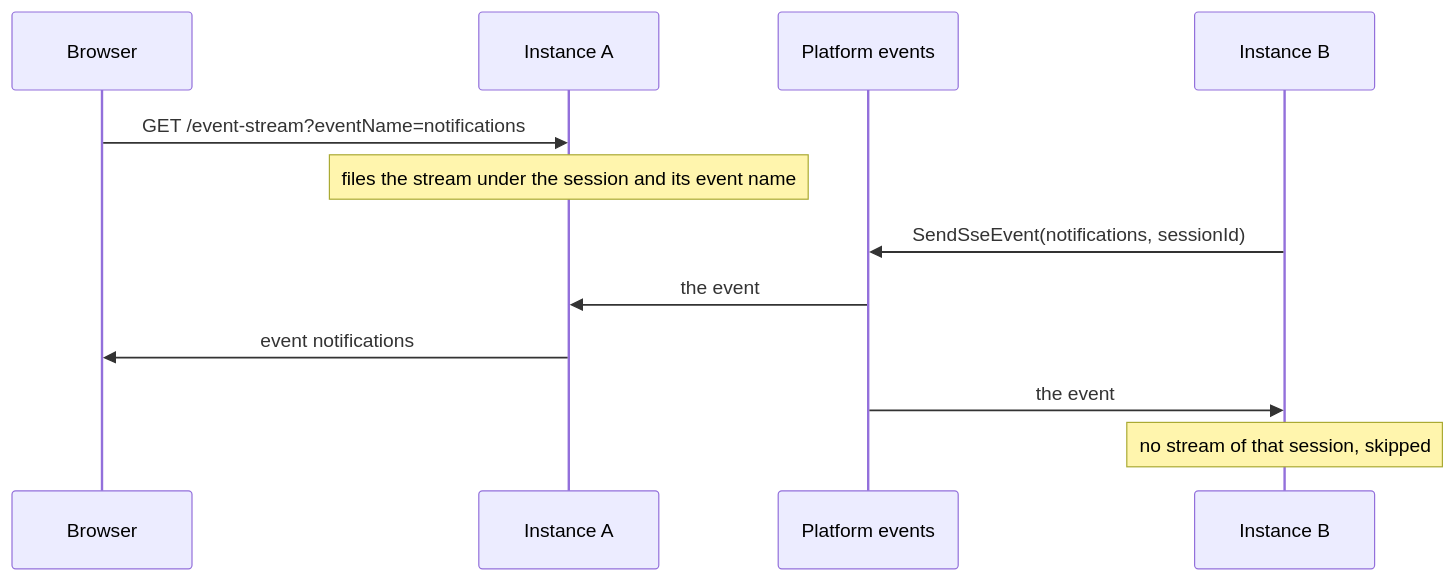
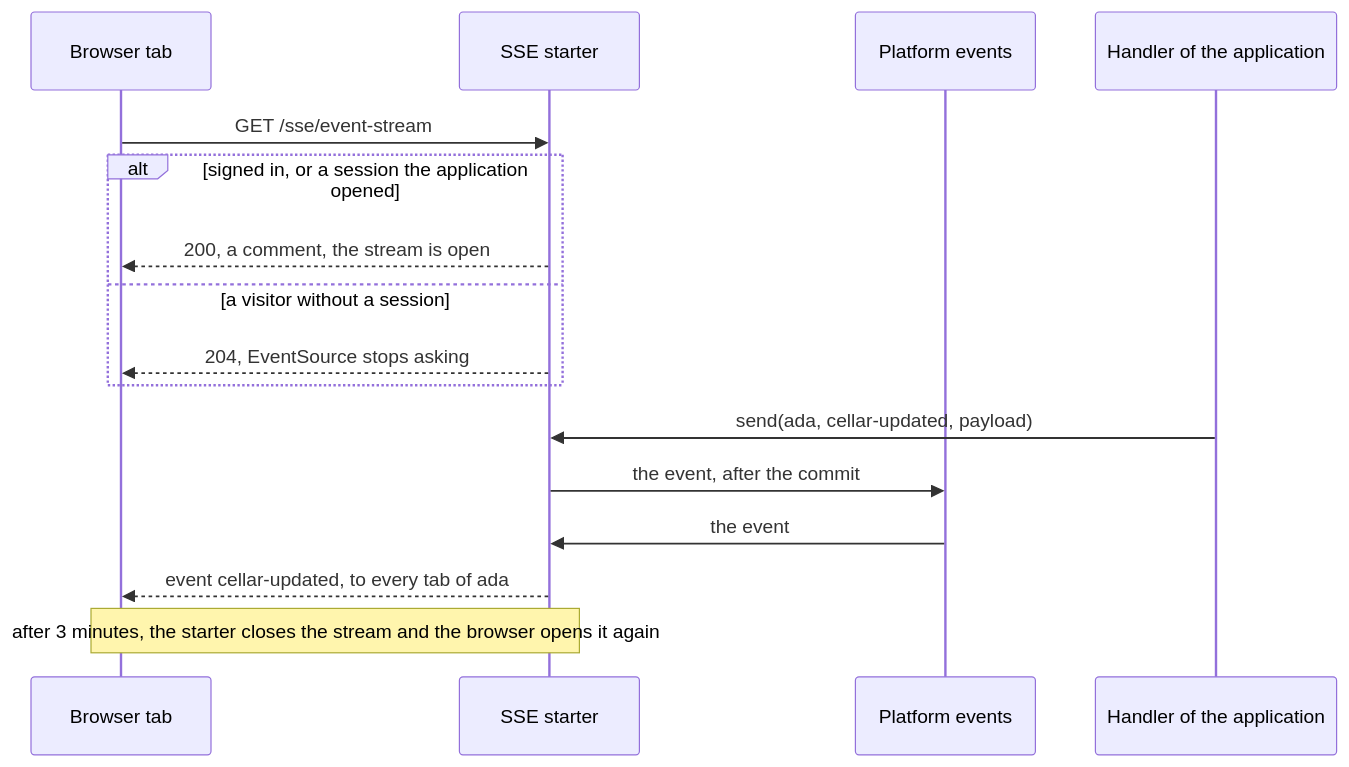
The second of 3 diagrams in tech-starters/backend/sse-starter/README.md (mboisnard/drinkit), drawn with Mermaid before and after one commit. The commit also changed other lines of this file and 28 other files, not shown here.

First line of the commit message:
[TECH-STARTER] Push server events to the tabs of a user or a session, with the access rule of the stream (#605)

````diff
--- a/tech-starters/backend/sse-starter/README.md
+++ b/tech-starters/backend/sse-starter/README.md
@@ -20,14 +24,18 @@
 ```mermaid
 sequenceDiagram
-    participant Browser
-    participant A as Instance A
+    participant Tab as Browser tab
+    participant Starter as SSE starter
     participant Events as Platform events
-    participant B as Instance B
-    Browser->>A: GET /event-stream?eventName=notifications
-    Note over A: files the stream under the session and its event name
-    B->>Events: SendSseEvent(notifications, sessionId)
-    Events->>A: the event
-    A->>Browser: event notifications
-    Events->>B: the event
-    Note over B: no stream of that session, skipped
+    participant App as Handler of the application
+    Tab->>Starter: GET /sse/event-stream
+    alt signed in, or a session the application opened
+        Starter-->>Tab: 200, a comment, the stream is open
+    else a visitor without a session
+        Starter-->>Tab: 204, EventSource stops asking
+    end
+    App->>Starter: send(ada, cellar-updated, payload)
+    Starter->>Events: the event, after the commit
+    Events->>Starter: the event
+    Starter-->>Tab: event cellar-updated, to every tab of ada
+    Note over Starter,Tab: after 3 minutes, the starter closes the stream and the browser opens it again
 ```
````
